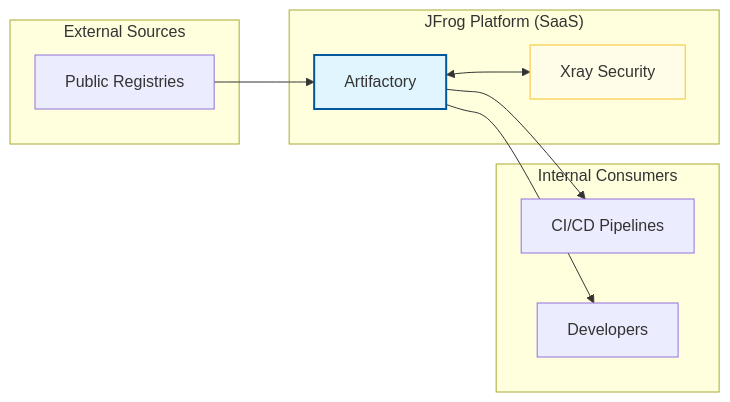
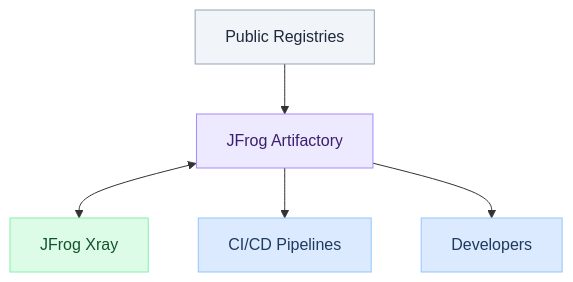
The diagram in docs/jfrog/index.md (devopspilot1/devopspilot1.github.io), drawn with Mermaid before and after one commit. The commit also changed 9 other files, not shown here.

Commit message:
refactor: modernize documentation diagrams by converting text-based graphics to styled Mermaid.js charts

````diff
--- a/docs/jfrog/index.md
+++ b/docs/jfrog/index.md
@@ -14,24 +14,17 @@
 ```mermaid
-graph LR
-    subgraph "External Sources"
-    Registry[Public Registries]
-    end
-    
-    subgraph "JFrog Platform (SaaS)"
-    Artifactory[Artifactory]
-    Xray[Xray Security]
-    end
-    
-    subgraph "Internal Consumers"
-    CI[CI/CD Pipelines]
-    Dev[Developers]
-    end
-    
-    Registry --> Artifactory
-    Artifactory <--> Xray
-    Artifactory --> CI
-    Artifactory --> Dev
-    
-    style Artifactory fill:#e1f5fe,stroke:#01579b,stroke-width:2px
-    style Xray fill:#fffde7,stroke:#fbc02d
+graph TD
+    Registry[Public Registries] --> Artifactory[JFrog Artifactory]
+    Artifactory <--> Xray[JFrog Xray]
+    Artifactory --> CI[CI/CD Pipelines]
+    Artifactory --> Dev[Developers]
+
+    classDef client   fill:#dbeafe,stroke:#93c5fd,color:#1e3a5f
+    classDef gateway  fill:#ede9fe,stroke:#a78bfa,color:#3b1f6e
+    classDef service  fill:#dcfce7,stroke:#86efac,color:#14532d
+    classDef external fill:#f1f5f9,stroke:#94a3b8,color:#1e293b
+
+    class Dev,CI client
+    class Artifactory gateway
+    class Xray service
+    class Registry external
 ```
````
